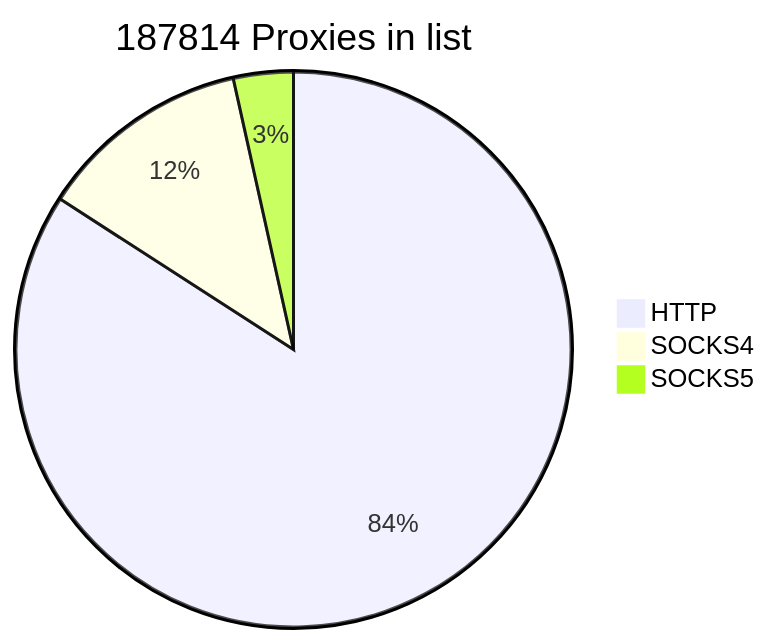
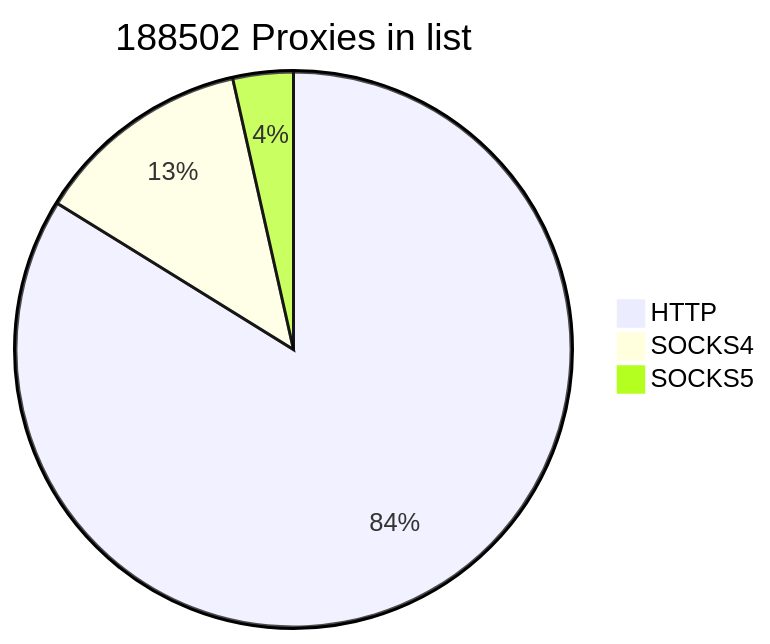
Before and after one commit to cutipu/proxylist: the first of 2 diagrams in README.md, drawn with Mermaid. The commit also changed other lines of this file, not shown here.

````diff
--- a/README.md
+++ b/README.md
@@ -2,7 +2,7 @@
 ```mermaid
-pie title 187814 Proxies in list
-    "HTTP" : 157984
-    "SOCKS4" : 23291
-    "SOCKS5" : 6539
+pie title 188502 Proxies in list
+    "HTTP" : 158010
+    "SOCKS4" : 23870
+    "SOCKS5" : 6622
             
 ```
````
